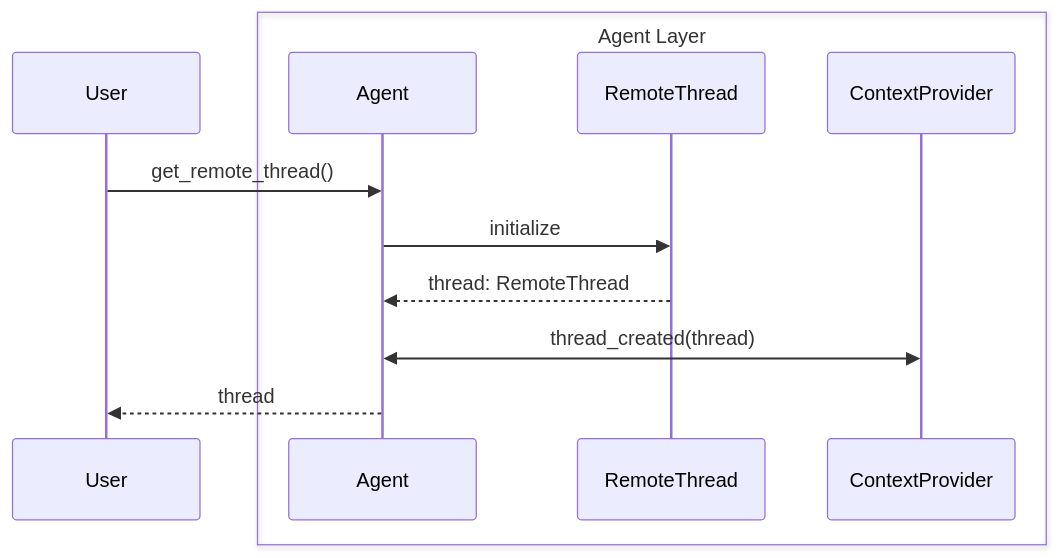
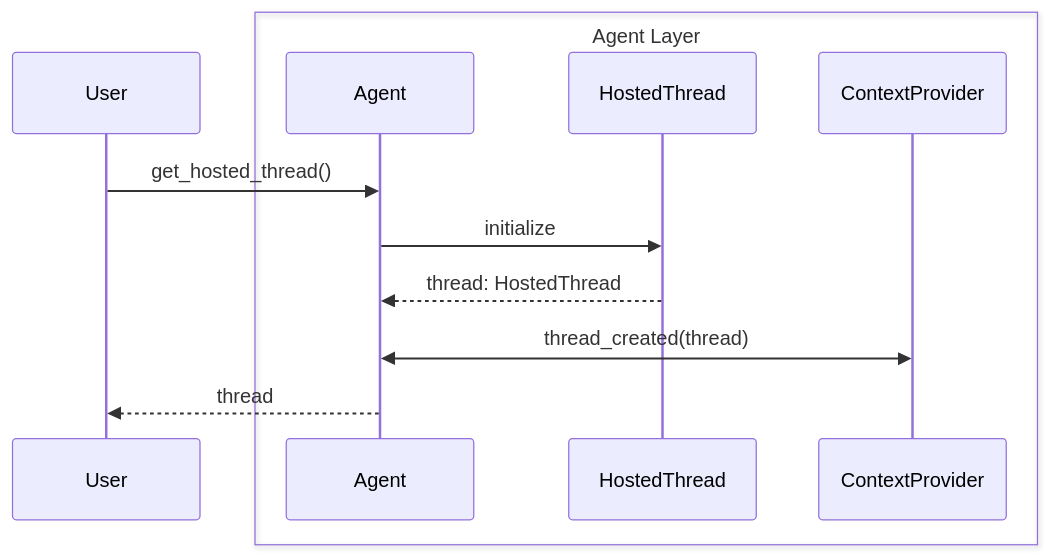
One commit to microsoft/agent-framework changed the sixth of 12 diagrams in docs/decisions/00XX-python-agent-threads.md. Above: the diagram before and after it, drawn with Mermaid. The commit also changed other lines of this file, not shown here.

````diff
--- a/docs/decisions/00XX-python-agent-threads.md
+++ b/docs/decisions/00XX-python-agent-threads.md
@@ -369,16 +1321,16 @@
 ```mermaid
 sequenceDiagram
         participant User
     box Agent Layer
         participant Agent
-        participant RemoteThread
+        participant HostedThread
         participant ContextProvider
     end
 
 
-    User->>Agent: get_remote_thread()
-    Agent->>RemoteThread: initialize
-    RemoteThread-->>Agent: thread: RemoteThread
+    User->>Agent: get_hosted_thread()
+    Agent->>HostedThread: initialize
+    HostedThread-->>Agent: thread: HostedThread
     Agent<<->>ContextProvider: thread_created(thread)
     Agent-->>User: thread
 ```
````
